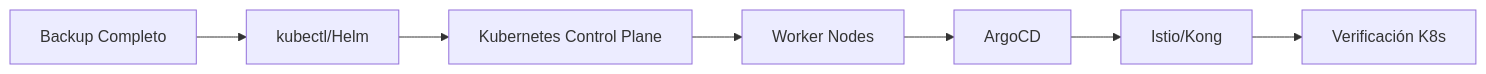
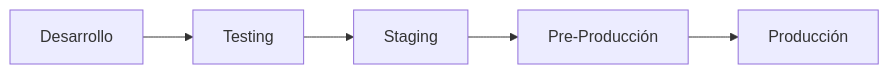
The diagram in infrastructure/version-compatibility.mdx (retrogamecloud/docs), drawn with Mermaid before and after one commit. The commit also changed other lines of this file and 23 other files, not shown here.

````diff
--- a/infrastructure/version-compatibility.mdx
+++ b/infrastructure/version-compatibility.mdx
@@ -140,10 +147,7 @@
-```mermaid
-graph LR
-    A[Backup Completo] --> B[kubectl/Helm]
-    B --> C[Kubernetes Control Plane]
-    C --> D[Worker Nodes]
-    D --> E[ArgoCD]
-    E --> F[Istio/Kong]
-    F --> G[Verificación K8s]
-
-```
+   ```mermaid
+   graph LR
+     A[Desarrollo] --> B[Testing]
+     B --> C[Staging]
+     C --> D[Pre-Producción]
+     D --> E[Producción]
+   ```
````
